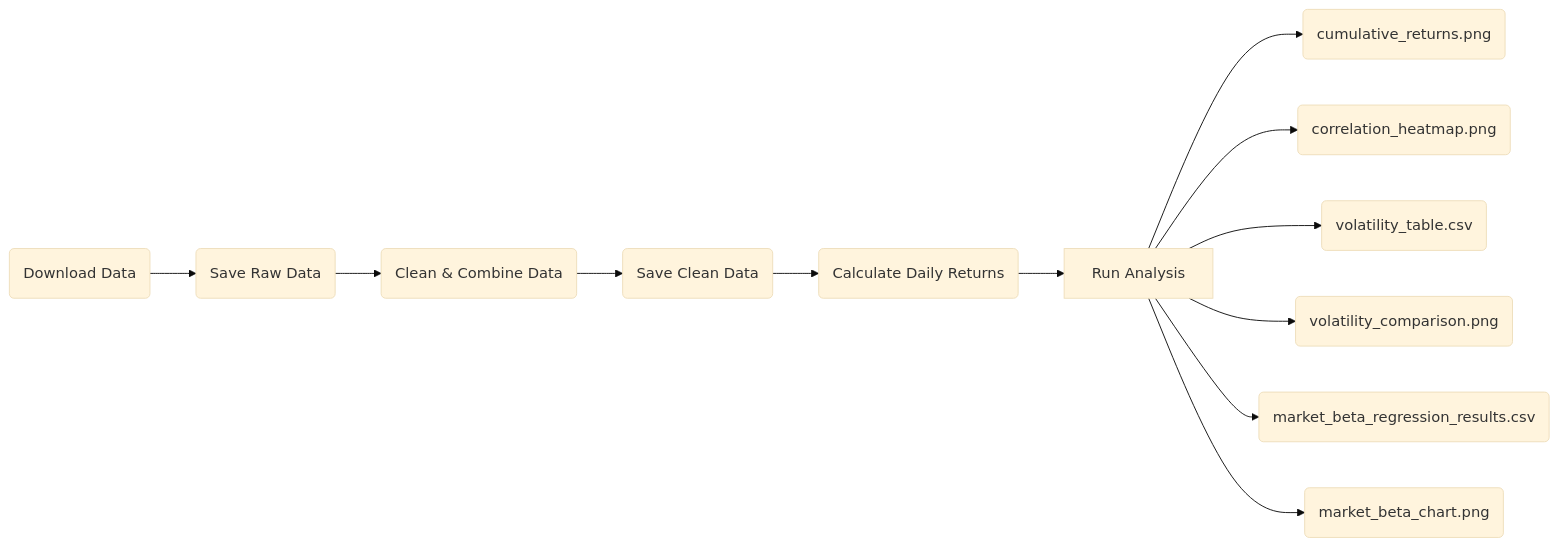
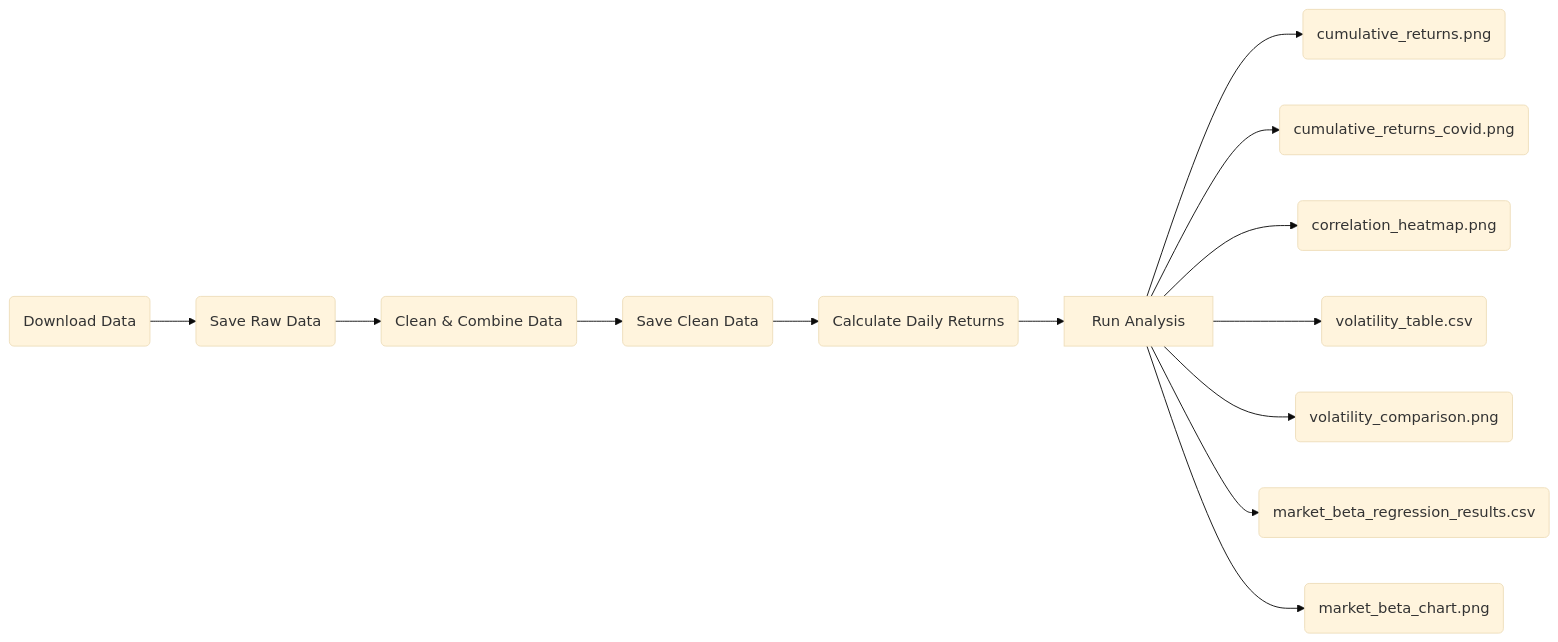
One commit to kian-psr/Empirical-project changed the diagram in README.md. Above: the diagram before and after it, drawn with Mermaid (base theme).

Commit message:
Update Flow Chart

````diff
--- a/README.md
+++ b/README.md
@@ -110,14 +110,15 @@
 ```mermaid
 flowchart LR
     A(Download Data) --> B(Save Raw Data)
     B --> C(Clean & Combine Data)
     C --> D(Save Clean Data)
     D --> E(Calculate Daily Returns)
     E --> F[Run Analysis]
     F --> G("cumulative_returns.png")
-    F --> H("correlation_heatmap.png")
-    F --> I("volatility_table.csv")
-    F --> J("volatility_comparison.png")
-    F --> K("market_beta_regression_results.csv")
-    F --> L("market_beta_chart.png")
+    F --> H(cumulative_returns_covid.png)
+    F --> I("correlation_heatmap.png")
+    F --> J("volatility_table.csv")
+    F --> K("volatility_comparison.png")
+    F --> L("market_beta_regression_results.csv")
+    F --> M("market_beta_chart.png")
 ```
````
